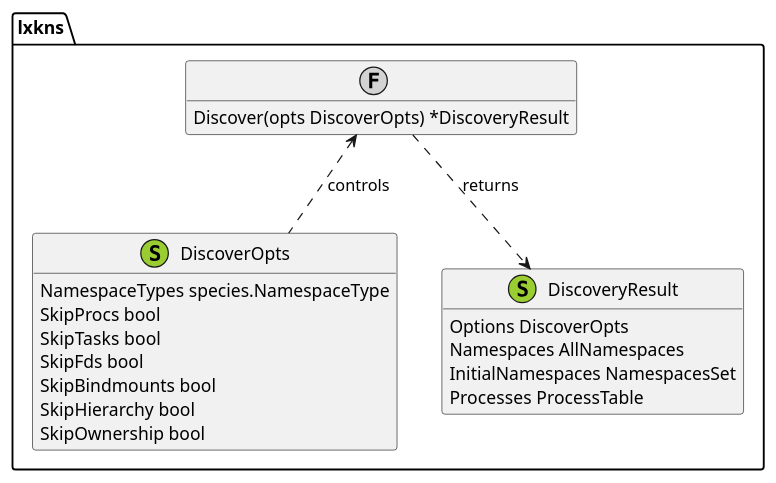
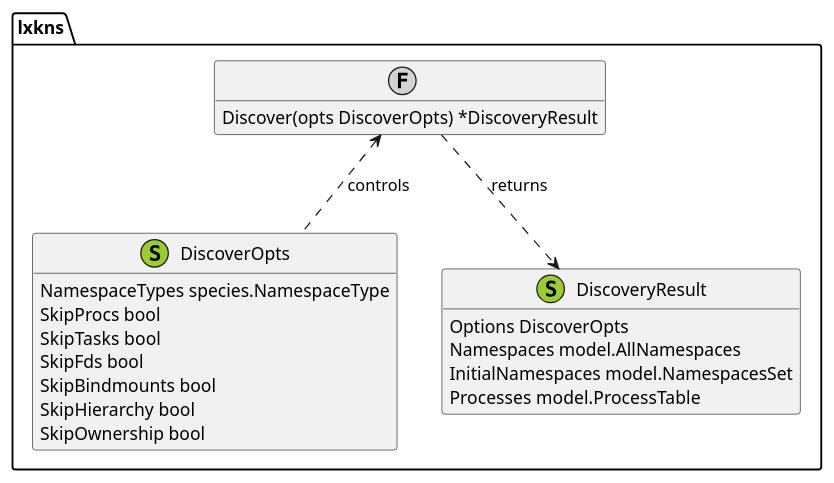
The diagram in docs/uml/namespaces-discovery-uml.md (thediveo/lxkns), drawn with PlantUML before and after one commit. The commit also changed 73 other files, not shown here.

Commit message:
refactors namespace+process model into separate package; refactors namespace implementation into another separate package

````diff
--- a/docs/uml/namespaces-discovery-uml.md
+++ b/docs/uml/namespaces-discovery-uml.md
@@ -1,33 +1,33 @@
 ```plantuml
 hide empty fields
 hide empty methods
 
 namespace lxkns {
   
   class Discover as " " <<(F,LightGray)>> {
     Discover(opts DiscoverOpts) *DiscoveryResult
   }
   
   Discover <.. DiscoverOpts : "controls"
   Discover ..> DiscoveryResult : "returns"
   
   class "DiscoverOpts" <<(S,YellowGreen)>> {
     NamespaceTypes species.NamespaceType
     SkipProcs bool
     SkipTasks bool
     SkipFds bool
     SkipBindmounts bool
     SkipHierarchy bool
     SkipOwnership bool
   }
   
   class "DiscoveryResult" <<(S,YellowGreen)>> {
     Options DiscoverOpts
-    Namespaces AllNamespaces
-    InitialNamespaces NamespacesSet
+    Namespaces model.AllNamespaces
+    InitialNamespaces model.NamespacesSet
     ' TODO: Root(s)
-    Processes ProcessTable
+    Processes model.ProcessTable
   }
   
 }
 ```
````
